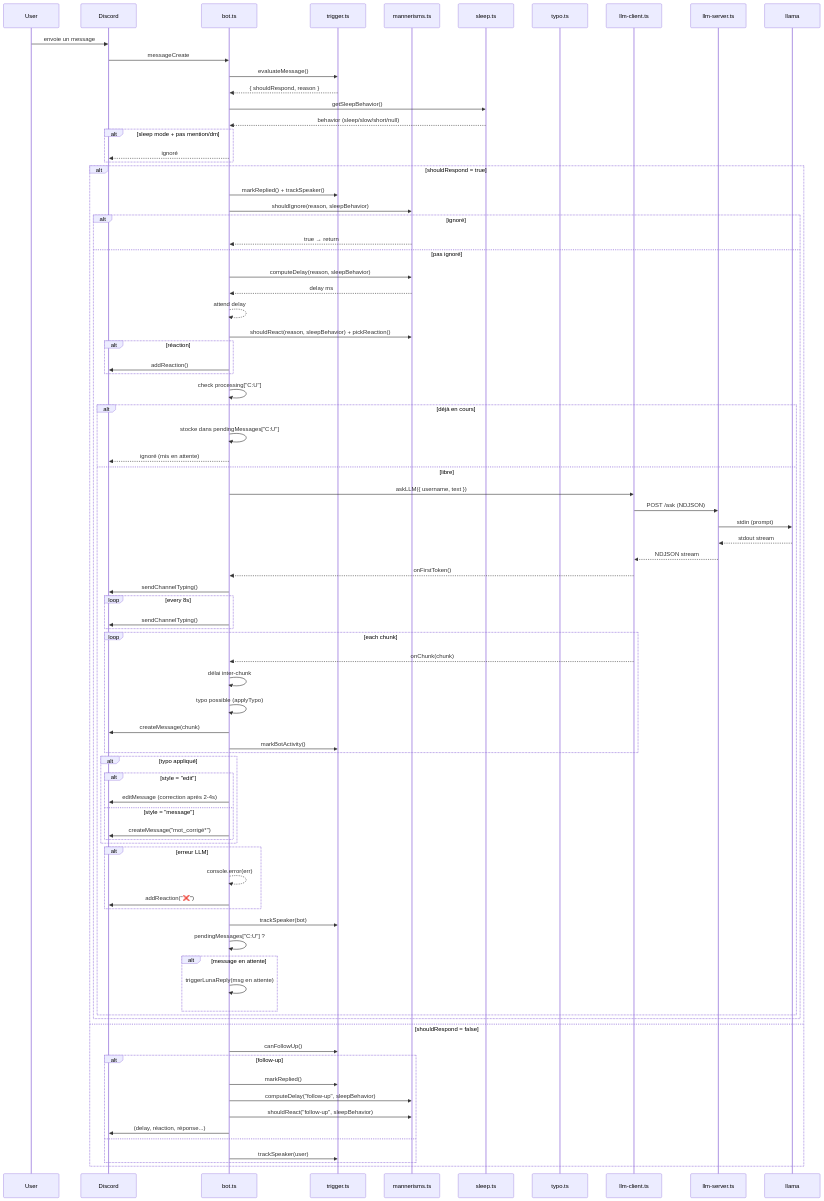
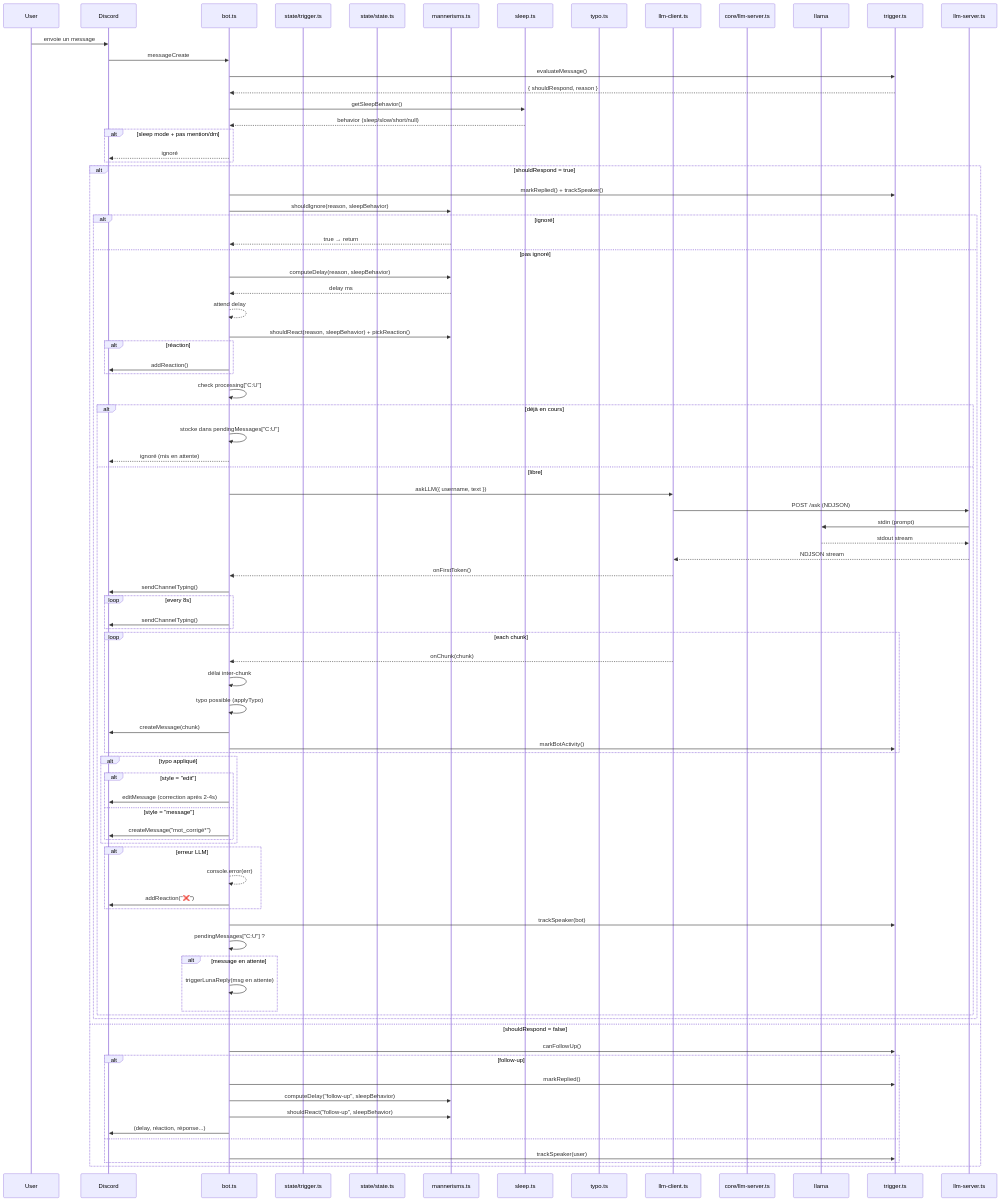
The tenth of 11 diagrams in README.md (protocol-luna/krystal), drawn with Mermaid before and after one commit. The commit also changed other lines of this file and 3 other files, not shown here.

```diff
--- a/README.md
+++ b/README.md
@@ -580,12 +617,14 @@
     participant User
     participant Discord
     participant bot.ts
-    participant trigger.ts
+    participant state/trigger.ts
+    participant state/state.ts
     participant mannerisms.ts
+    participant sleep.ts
     participant sleep.ts
     participant typo.ts
     participant llm-client.ts
-    participant llm-server.ts
+    participant core/llm-server.ts
     participant llama
 
     User->>Discord: envoie un message
```
